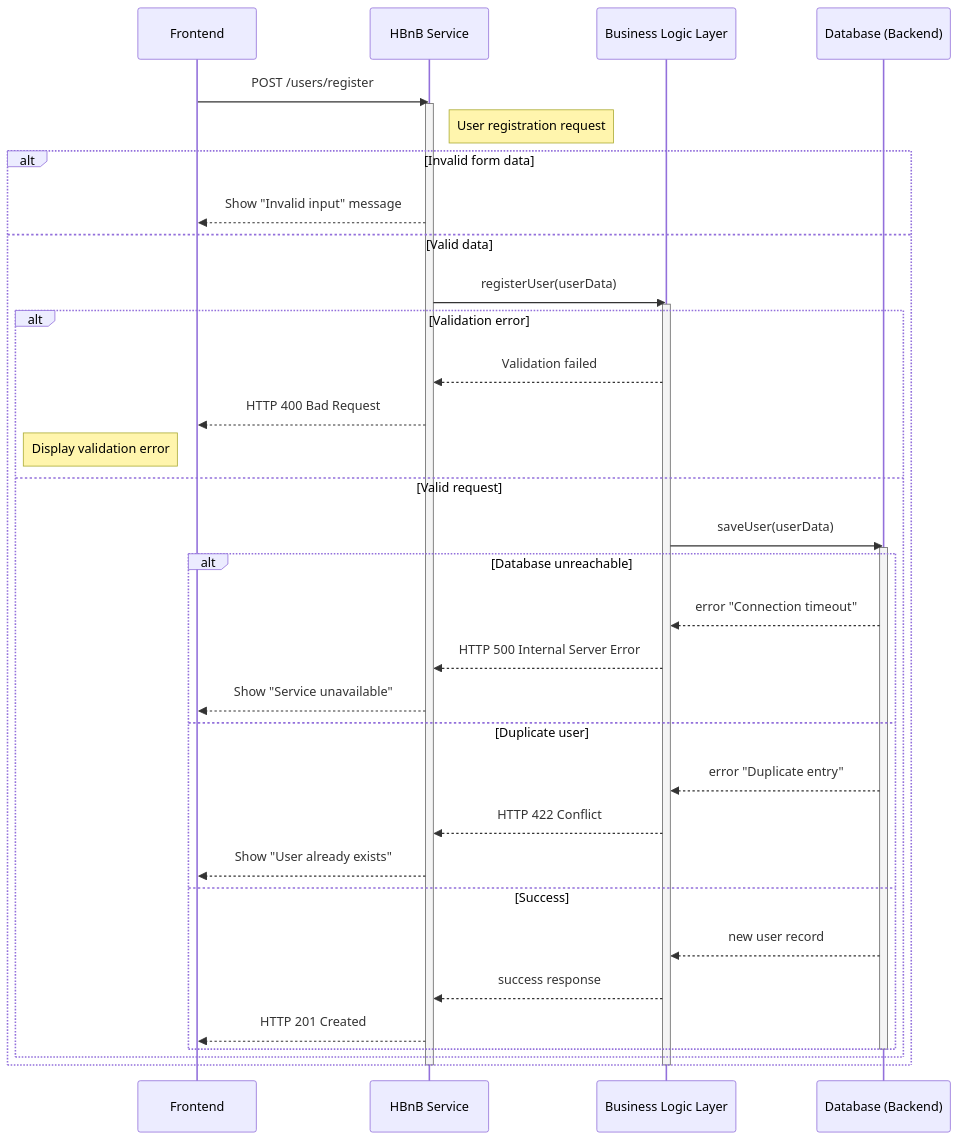
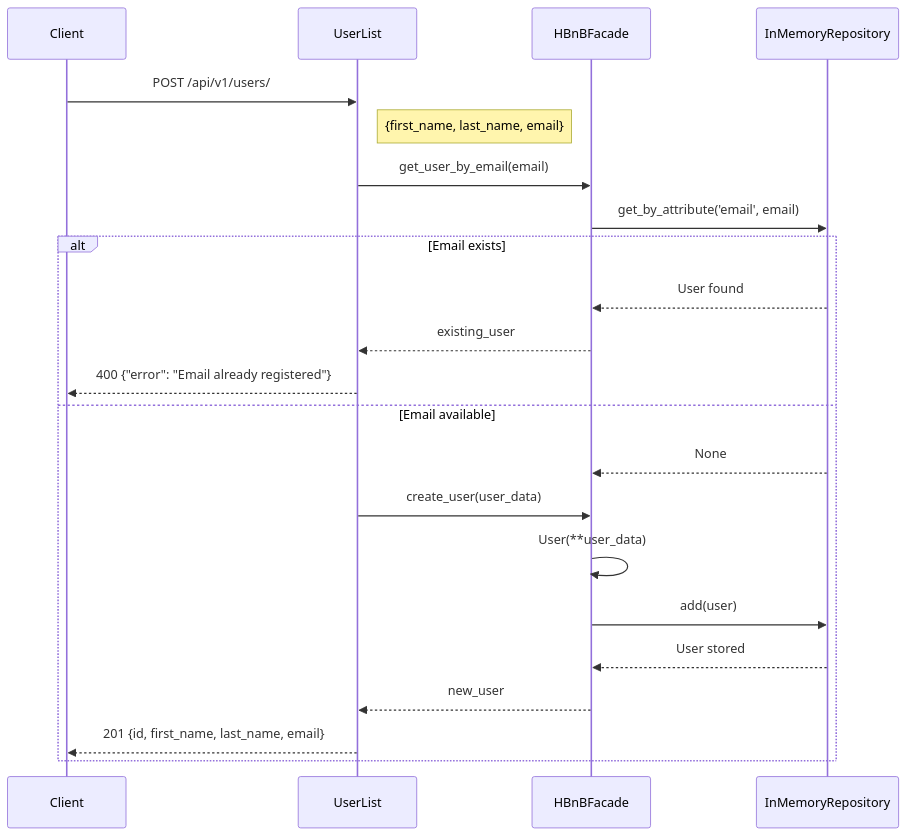
One commit to LEROY-Yanis/holbertonschool-hbnb changed the third of 6 diagrams in part1/résume_des_3.md. Above: the diagram before and after it, drawn with Mermaid. The commit also changed other lines of this file, not shown here.

Commit message:
Refactor technical documentation for HBnB application: enhance structure, clarify sections, and update API interaction details

````diff
--- a/part1/résume_des_3.md
+++ b/part1/résume_des_3.md
@@ -266,45 +254,27 @@
 ```mermaid
 sequenceDiagram
-    participant User as Frontend
-    participant Service as HBnB Service
-    participant Logic as Business Logic Layer
-    participant Storage as Database (Backend)
+    participant Client
+    participant API as UserList
+    participant Facade as HBnBFacade
+    participant Repo as InMemoryRepository
 
-    User->>Service: POST /users/register
-    activate Service
-    Note right of Service: User registration request
-
-    alt Invalid form data
-        Service-->>User: Show "Invalid input" message
-    else Valid data
-        Service->>Logic: registerUser(userData)
-        activate Logic
-
-        alt Validation error
-            Logic-->>Service: Validation failed
-            Service-->>User: HTTP 400 Bad Request
-            Note left of User: Display validation error
-        else Valid request
-            Logic->>Storage: saveUser(userData)
-            activate Storage
-
-            alt Database unreachable
-                Storage-->>Logic: error "Connection timeout"
-                Logic-->>Service: HTTP 500 Internal Server Error
-                Service-->>User: Show "Service unavailable"
-            else Duplicate user
-                Storage-->>Logic: error "Duplicate entry"
-                Logic-->>Service: HTTP 422 Conflict
-                Service-->>User: Show "User already exists"
-            else Success
-                Storage-->>Logic: new user record
-                Logic-->>Service: success response
-                Service-->>User: HTTP 201 Created
-            end
-            deactivate Storage
-        end
+    Client->>API: POST /api/v1/users/
+    Note right of API: {first_name, last_name, email}
+    
+    API->>Facade: get_user_by_email(email)
+    Facade->>Repo: get_by_attribute('email', email)
+    
+    alt Email exists
+        Repo-->>Facade: User found
+        Facade-->>API: existing_user
+        API-->>Client: 400 {"error": "Email already registered"}
+    else Email available
+        Repo-->>Facade: None
+        API->>Facade: create_user(user_data)
+        Facade->>Facade: User(**user_data)
+        Facade->>Repo: add(user)
+        Repo-->>Facade: User stored
+        Facade-->>API: new_user
+        API-->>Client: 201 {id, first_name, last_name, email}
     end
-
-    deactivate Logic
-    deactivate Service
 ```
````
